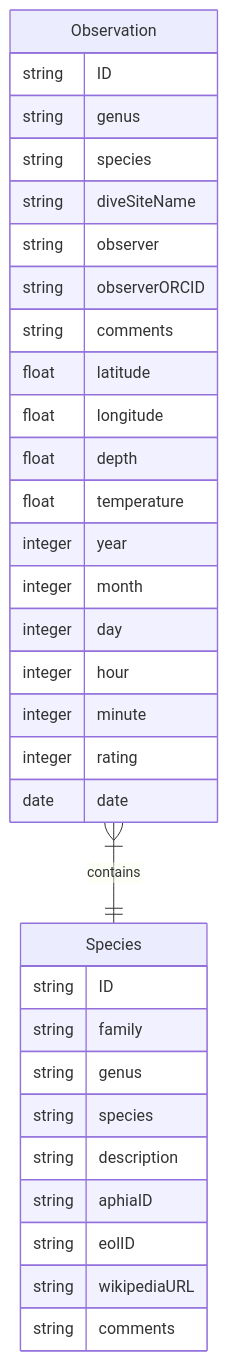
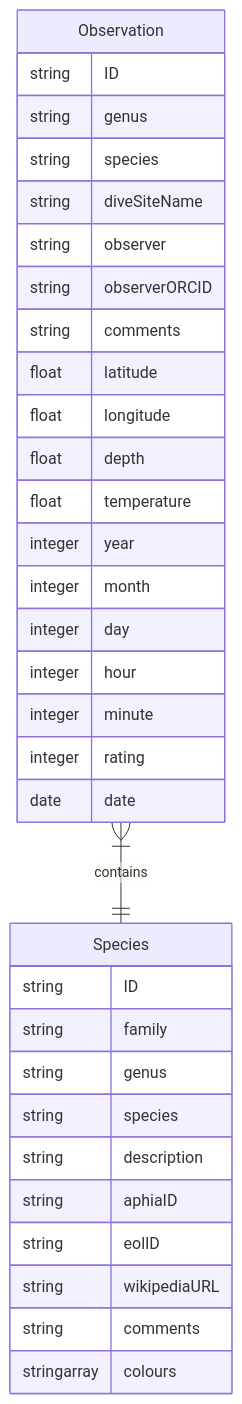
Before and after one commit to mpfl/nudis: the diagram in design/data-model.md, drawn with Mermaid. The commit also changed 5 other files, not shown here.

````diff
--- a/design/data-model.md
+++ b/design/data-model.md
@@ -5,35 +5,36 @@
 ```mermaid
 erDiagram
     Species {
         string ID
         string family
         string genus
         string species
         string description
         string aphiaID
         string eolID
         string wikipediaURL
         string comments
+        stringarray colours
     }
     Observation }|--|| Species: contains
     Observation {
         string ID
         string genus
         string species
         string diveSiteName
         string observer
         string observerORCID
         string comments
         float latitude
         float longitude
         float depth
         float temperature
         integer year
         integer month
         integer day
         integer hour
         integer minute
         integer rating
         date date
     }
 ```
````
